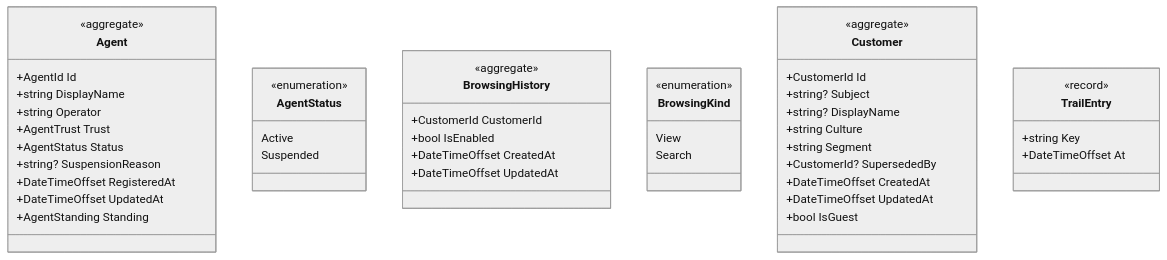
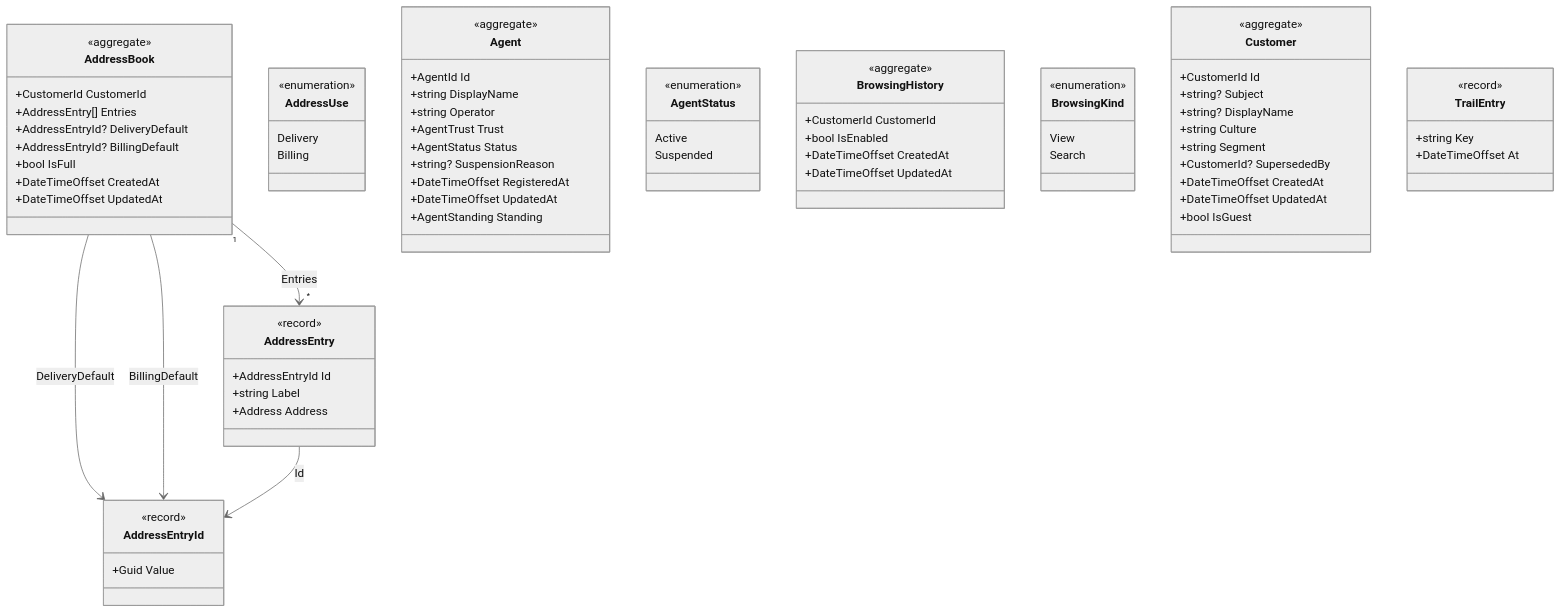
Diagram 11 of 17 in docs/domain-model.md (juanluelguerre/tendero), drawn with Mermaid (neutral theme) before and after one commit. The commit also changed 21 other files, not shown here.

````diff
--- a/docs/domain-model.md
+++ b/docs/domain-model.md
@@ -834,49 +834,78 @@
 ```mermaid
 classDiagram
+    class AddressBook {
+        <<aggregate>>
+        +CustomerId CustomerId
+        +AddressEntry[] Entries
+        +AddressEntryId? DeliveryDefault
+        +AddressEntryId? BillingDefault
+        +bool IsFull
+        +DateTimeOffset CreatedAt
+        +DateTimeOffset UpdatedAt
+    }
+    class AddressEntry {
+        <<record>>
+        +AddressEntryId Id
+        +string Label
+        +Address Address
+    }
+    class AddressEntryId {
+        <<record>>
+        +Guid Value
+    }
+    class AddressUse {
+        <<enumeration>>
+        Delivery
+        Billing
+    }
     class Agent {
         <<aggregate>>
         +AgentId Id
         +string DisplayName
         +string Operator
         +AgentTrust Trust
         +AgentStatus Status
         +string? SuspensionReason
         +DateTimeOffset RegisteredAt
         +DateTimeOffset UpdatedAt
         +AgentStanding Standing
     }
     class AgentStatus {
         <<enumeration>>
         Active
         Suspended
     }
     class BrowsingHistory {
         <<aggregate>>
         +CustomerId CustomerId
         +bool IsEnabled
         +DateTimeOffset CreatedAt
         +DateTimeOffset UpdatedAt
     }
     class BrowsingKind {
         <<enumeration>>
         View
         Search
     }
     class Customer {
         <<aggregate>>
         +CustomerId Id
         +string? Subject
         +string? DisplayName
         +string Culture
         +string Segment
         +CustomerId? SupersededBy
         +DateTimeOffset CreatedAt
         +DateTimeOffset UpdatedAt
         +bool IsGuest
     }
     class TrailEntry {
         <<record>>
         +string Key
         +DateTimeOffset At
     }
+    AddressBook "1" --> "*" AddressEntry : Entries
+    AddressBook --> AddressEntryId : DeliveryDefault
+    AddressBook --> AddressEntryId : BillingDefault
+    AddressEntry --> AddressEntryId : Id
 ```
````
